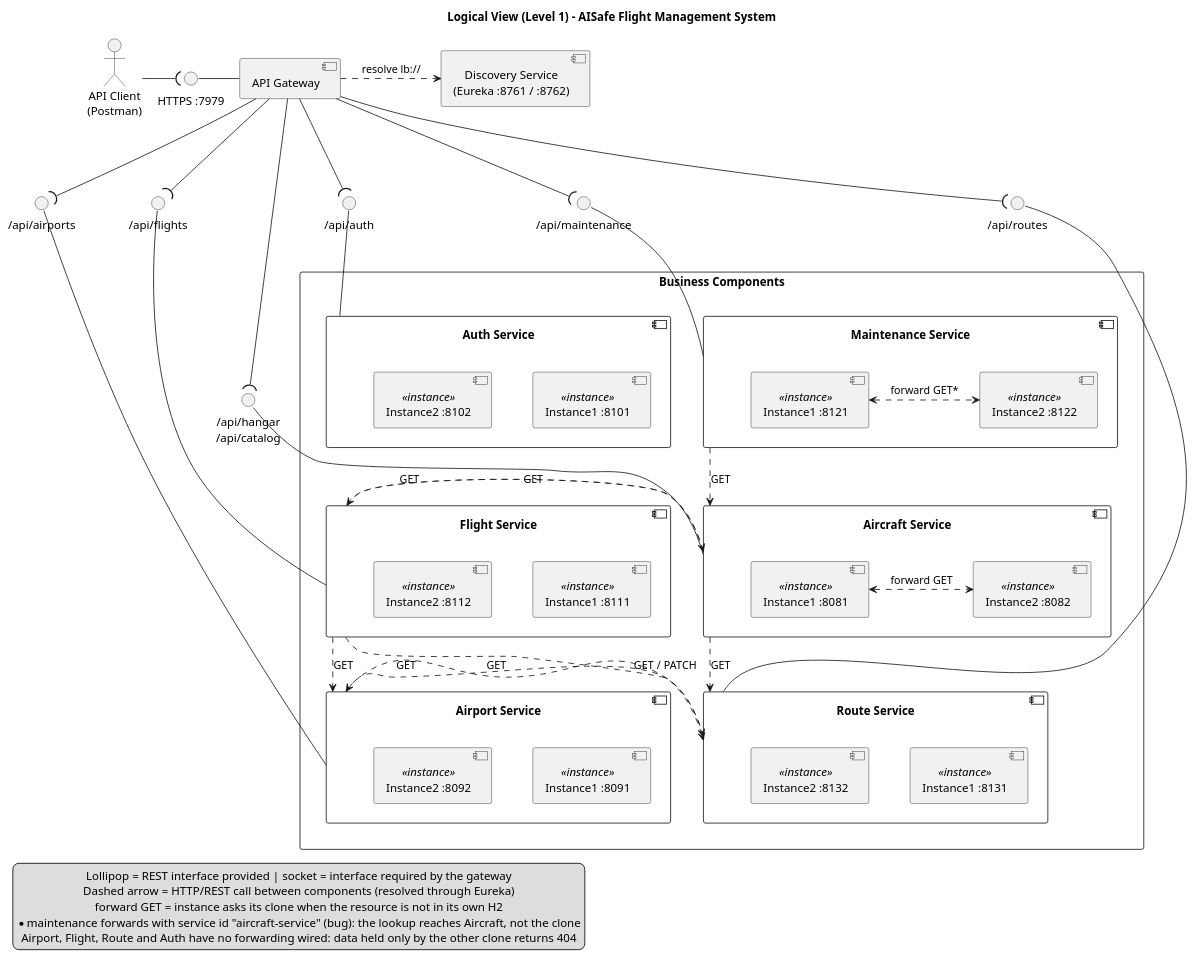
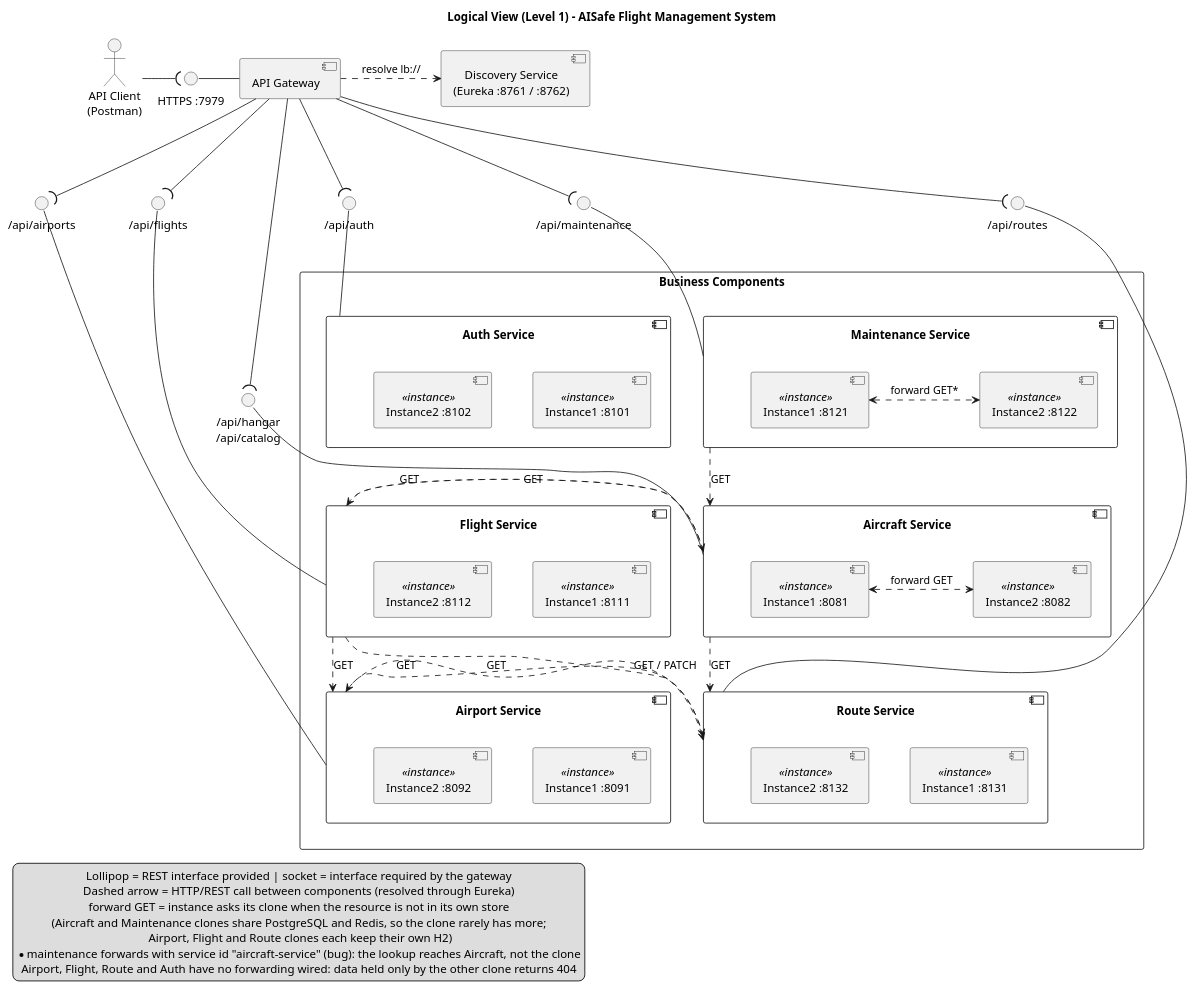
One commit to 8126Lucas/SIDIS_G6_3DA changed the diagram in docs/global-logical-view-level1.puml. Above: the diagram before and after it, drawn with PlantUML. The commit also changed 48 other files, not shown here.

First line of the commit message:
Refactor maintenance and route services for improved data handling and documentation

```diff
--- a/docs/global-logical-view-level1.puml
+++ b/docs/global-logical-view-level1.puml
@@ -1,95 +1,97 @@
 @startuml
 title Logical View (Level 1) - AISafe Flight Management System
 
 top to bottom direction
 skinparam componentStyle uml2
 skinparam packageStyle rectangle
 skinparam nodesep 50
 skinparam ranksep 70
 skinparam defaultTextAlignment center
 
 ' --- ENTRY ---
 actor "API Client\n(Postman)" as Client
 interface "HTTPS :7979" as IF_GW
 
 component "API Gateway" as Gateway
 component "Discovery Service\n(Eureka :8761 / :8762)" as Eureka
 
 Client -( IF_GW
 IF_GW - Gateway
 Gateway .right.> Eureka : resolve lb://
 
 ' --- PROVIDED INTERFACES (lollipops) ---
 interface "/api/auth" as IF_Auth
 interface "/api/hangar\n/api/catalog" as IF_Aircraft
 interface "/api/airports" as IF_Airport
 interface "/api/flights" as IF_Flight
 interface "/api/maintenance" as IF_Maint
 interface "/api/routes" as IF_Route
 
 ' --- COMPONENTS WITH CLONES ---
 package "Business Components" {
     component "Auth Service" as Auth {
         component "Instance1 :8101" as AU1 <<instance>>
         component "Instance2 :8102" as AU2 <<instance>>
     }
     component "Aircraft Service" as Aircraft {
         component "Instance1 :8081" as AC1 <<instance>>
         component "Instance2 :8082" as AC2 <<instance>>
     }
     component "Airport Service" as Airport {
         component "Instance1 :8091" as AP1 <<instance>>
         component "Instance2 :8092" as AP2 <<instance>>
     }
     component "Flight Service" as Flight {
         component "Instance1 :8111" as FL1 <<instance>>
         component "Instance2 :8112" as FL2 <<instance>>
     }
     component "Maintenance Service" as Maint {
         component "Instance1 :8121" as MT1 <<instance>>
         component "Instance2 :8122" as MT2 <<instance>>
     }
     component "Route Service" as Route {
         component "Instance1 :8131" as RT1 <<instance>>
         component "Instance2 :8132" as RT2 <<instance>>
     }
 }
 
 ' --- GATEWAY -> COMPONENTS (socket -> lollipop) ---
 Gateway -down-( IF_Auth
 Gateway -down-( IF_Aircraft
 Gateway -down-( IF_Airport
 Gateway -down-( IF_Flight
 Gateway -down-( IF_Maint
 Gateway -down-( IF_Route
 
 IF_Auth -down- Auth
 IF_Aircraft -down- Aircraft
 IF_Airport -down- Airport
 IF_Flight -down- Flight
 IF_Maint -down- Maint
 IF_Route -down- Route
 
 ' --- INTER-COMPONENT DEPENDENCIES (HTTP/REST via Eureka) ---
 Flight ..> Aircraft : GET
 Flight ..> Airport : GET
 Flight ..> Route : GET / PATCH
 Route ..> Airport : GET
 Airport ..> Route : GET
 Aircraft ..> Flight : GET
 Aircraft ..> Route : GET
 Maint ..> Aircraft : GET
 
 ' --- INTRA-COMPONENT PEER FORWARDING ---
 AC1 <.right.> AC2 : forward GET
 MT1 <.right.> MT2 : forward GET*
 
 legend bottom left
   Lollipop = REST interface provided | socket = interface required by the gateway
   Dashed arrow = HTTP/REST call between components (resolved through Eureka)
-  forward GET = instance asks its clone when the resource is not in its own H2
+  forward GET = instance asks its clone when the resource is not in its own store
+  (Aircraft and Maintenance clones share PostgreSQL and Redis, so the clone rarely has more;
+   Airport, Flight and Route clones each keep their own H2)
   * maintenance forwards with service id "aircraft-service" (bug): the lookup reaches Aircraft, not the clone
   Airport, Flight, Route and Auth have no forwarding wired: data held only by the other clone returns 404
 endlegend
 
 @enduml
```
